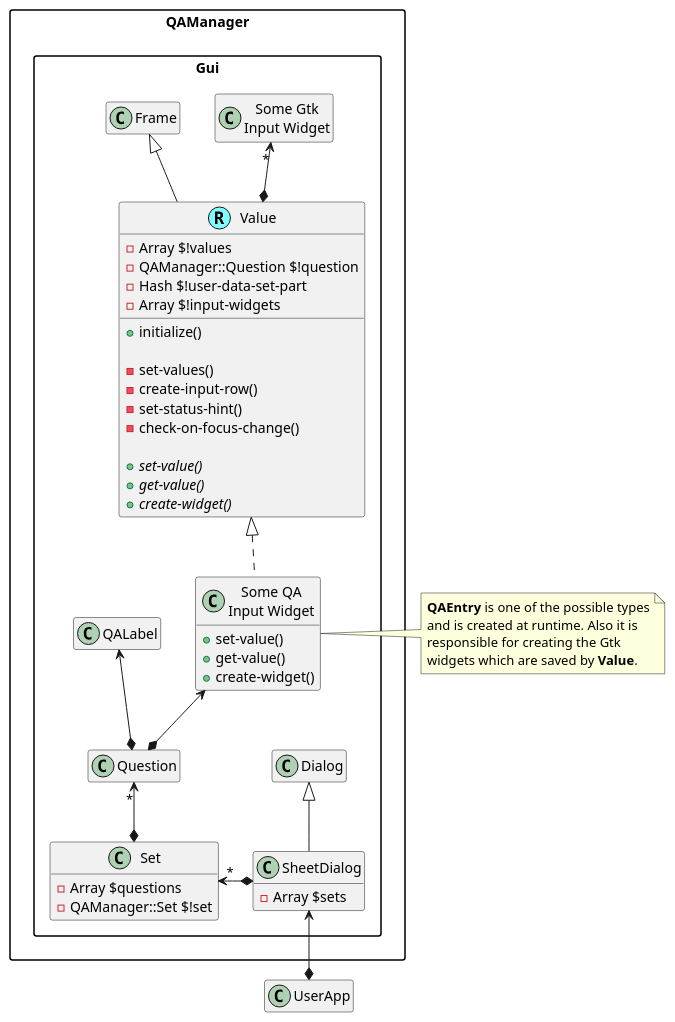
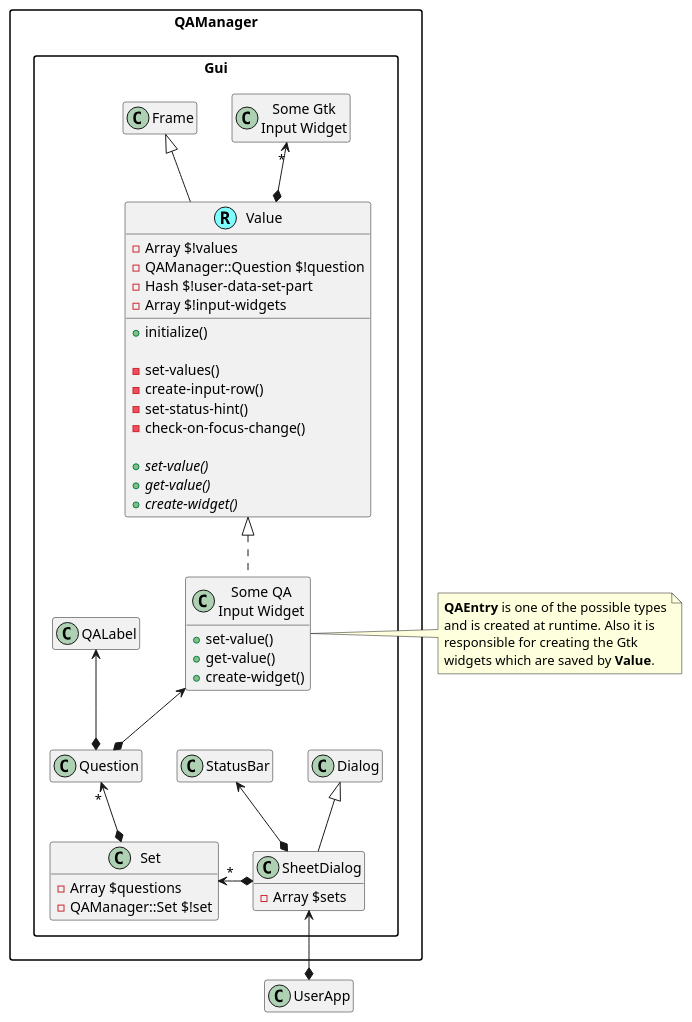
One commit to MARTIMM/qa-manager changed the diagram in doc/plantuml/SheetDialog.md. Above: the diagram before and after it, drawn with PlantUML.

Commit message:
uml changes

````diff
--- a/doc/plantuml/SheetDialog.md
+++ b/doc/plantuml/SheetDialog.md
@@ -1,69 +1,70 @@
 ```plantuml
 @startuml
 'scale 0.9
 skinparam packageStyle rectangle
 skinparam stereotypeCBackgroundColor #80ffff
 set namespaceSeparator ::
 hide empty members
 
 'class QAManager::Gui::Frame <<(R,#80ffff)>>
 'class QAManager::Gui::Repeat <<(R,#80ffff)>>
 
 class QAManager::Gui::Value <<(R,#80ffff)>> {
   +initialize()
 
   -set-values()
   -create-input-row()
   -set-status-hint()
   -check-on-focus-change()
 
   +{abstract} set-value()
   +{abstract} get-value()
 '  +{abstract} check-value()
   +{abstract} create-widget()
 
   -Array $!values
   -QAManager::Question $!question
   -Hash $!user-data-set-part
   -Array $!input-widgets
 }
 
 class "Some Gtk\nInput Widget" as QAManager::Gui::GtkIOWidget
 
 class "Some QA\nInput Widget" as QAManager::Gui::QAIOWidget {
   +set-value()
   +get-value()
 '  +check-value()
   +create-widget()
 }
 
 note right of QAManager::Gui::QAIOWidget : <b>QAEntry</b> is one of the possible types\nand is created at runtime. Also it is\nresponsible for creating the Gtk\nwidgets which are saved by <b>Value</b>.
 
 class QAManager::Gui::Set {
   -Array $questions
   -QAManager::Set $!set
 }
 
 class QAManager::Gui::SheetDialog {
   -Array $sets
 }
 
 
 'QAManager::Gui::Set *--> QAManager::Set
 'QAManager::Gui::Repeat <|.. QAManager::Gui::QAIOWidget
 
 QAManager::Gui::Dialog <|-- QAManager::Gui::SheetDialog
 QAManager::Gui::Set "*" <-* QAManager::Gui::SheetDialog
 QAManager::Gui::SheetDialog <--* UserApp
+QAManager::Gui::StatusBar <--* QAManager::Gui::SheetDialog
 
 QAManager::Gui::Value <|.. QAManager::Gui::QAIOWidget
 QAManager::Gui::Frame <|-- QAManager::Gui::Value
 QAManager::Gui::GtkIOWidget "*" <--* QAManager::Gui::Value
 
 QAManager::Gui::QAIOWidget <--* QAManager::Gui::Question
 QAManager::Gui::QALabel <--* QAManager::Gui::Question
 
 QAManager::Gui::Question "*" <--* QAManager::Gui::Set
 
 @enduml
 ```
````
